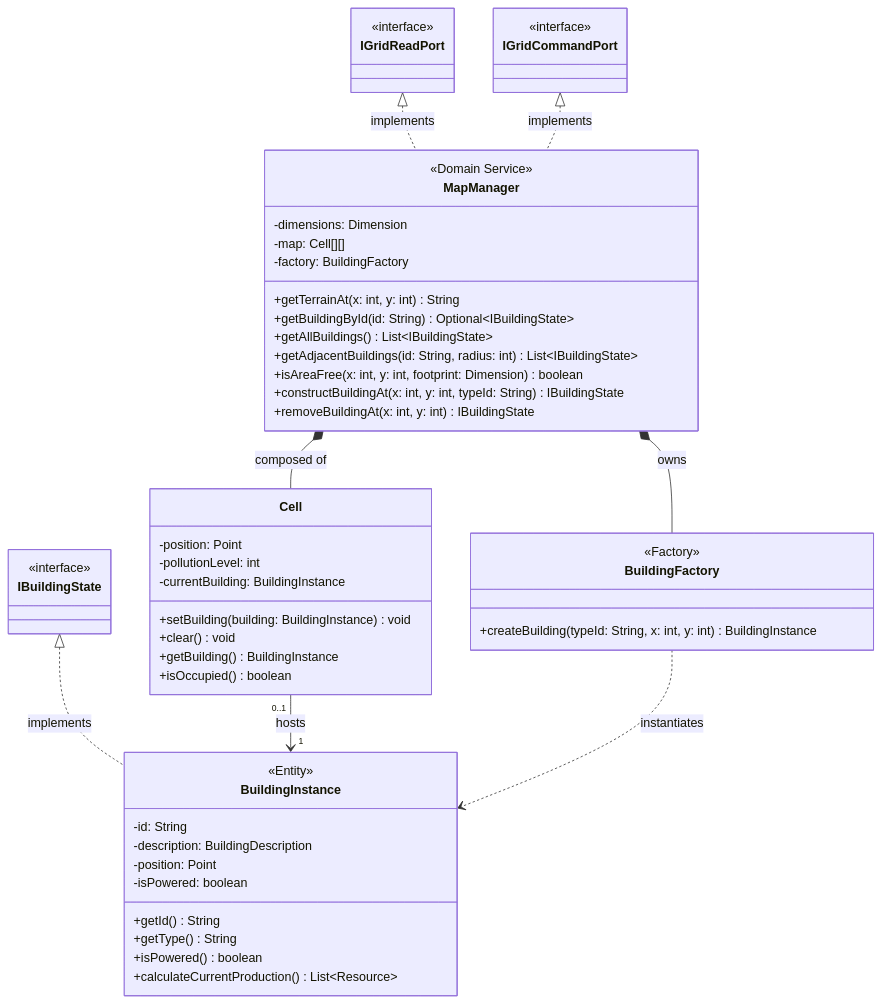
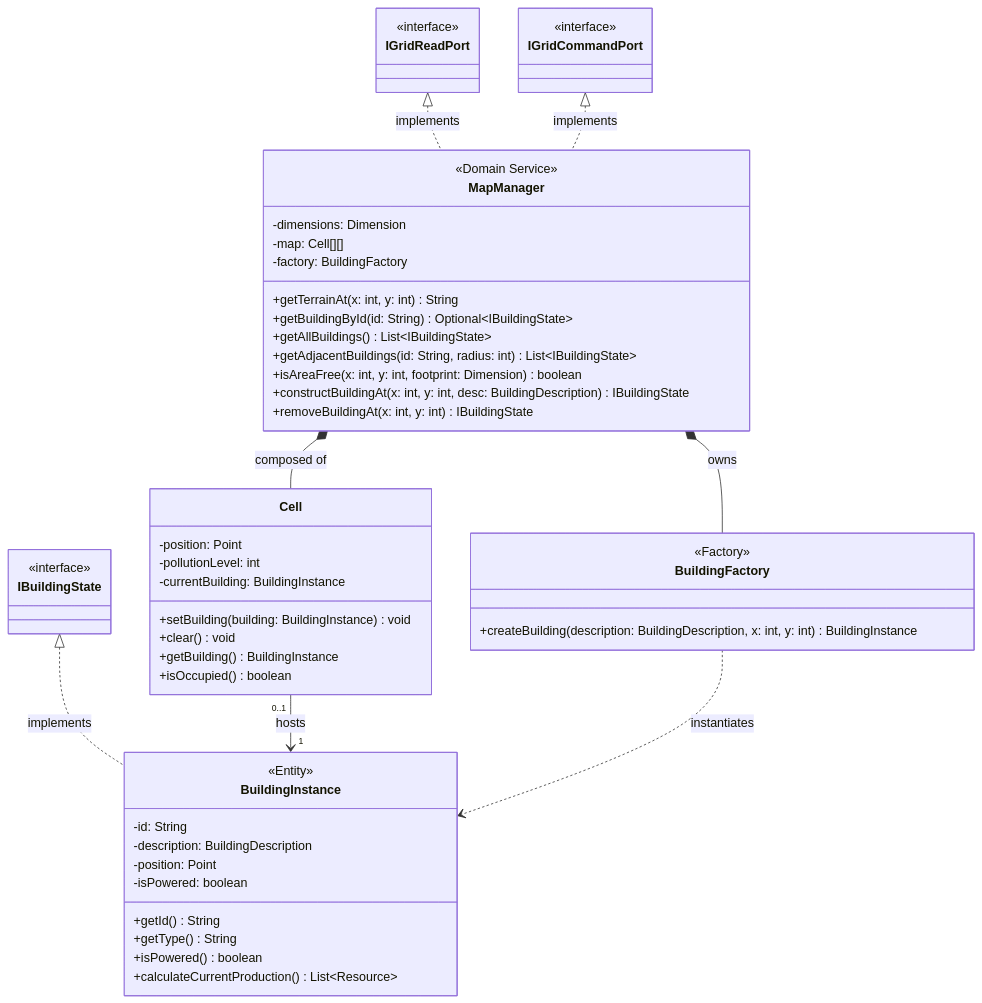
Before and after one commit to LeonardoBellan/CityLogic: the diagram in docs/Design Class Diagrams/mapDomain.md, drawn with Mermaid. The commit also changed 15 other files, not shown here.

````diff
--- a/docs/Design Class Diagrams/mapDomain.md
+++ b/docs/Design Class Diagrams/mapDomain.md
@@ -1,63 +1,63 @@
 ```mermaid
 classDiagram
 direction TB
 
     %% External Interfaces (Defined in SharedContracts)
     class IGridReadPort { <<interface>> }
     class IGridCommandPort { <<interface>> }
     class IBuildingState { <<interface>> }
 
     %% ==========================================
     %% MAP DOMAIN CORE
     %% ==========================================
     class MapManager {
         <<Domain Service>>
         -dimensions: Dimension
         -map: Cell[][]
         -factory: BuildingFactory
         +getTerrainAt(x: int, y: int) String
         +getBuildingById(id: String) Optional~IBuildingState~
         +getAllBuildings() List~IBuildingState~
         +getAdjacentBuildings(id: String, radius: int) List~IBuildingState~
         +isAreaFree(x: int, y: int, footprint: Dimension) boolean
-        +constructBuildingAt(x: int, y: int, typeId: String) IBuildingState
+        +constructBuildingAt(x: int, y: int, desc: BuildingDescription) IBuildingState
         +removeBuildingAt(x: int, y: int) IBuildingState
     }
 
     class BuildingInstance {
         <<Entity>>
         -id: String
         -description: BuildingDescription
         -position: Point
         -isPowered: boolean
         +getId() String
         +getType() String
         +isPowered() boolean
         +calculateCurrentProduction() List~Resource~
     }
 
     class Cell {
         -position: Point
         -pollutionLevel: int
         -currentBuilding: BuildingInstance
         +setBuilding(building: BuildingInstance) void
         +clear() void
         +getBuilding() BuildingInstance
         +isOccupied() boolean
     }
 
     class BuildingFactory {
         <<Factory>>
-        +createBuilding(typeId: String, x: int, y: int) BuildingInstance
+        +createBuilding(description: BuildingDescription, x: int, y: int) BuildingInstance
     }
 
     %% Relations
     IGridReadPort <|.. MapManager : implements
     IGridCommandPort <|.. MapManager : implements
     IBuildingState <|.. BuildingInstance : implements
 
     MapManager *-- Cell : composed of
     MapManager *-- BuildingFactory : owns
     Cell "0..1" --> "1" BuildingInstance : hosts
     BuildingFactory ..> BuildingInstance : instantiates
 ```
````
